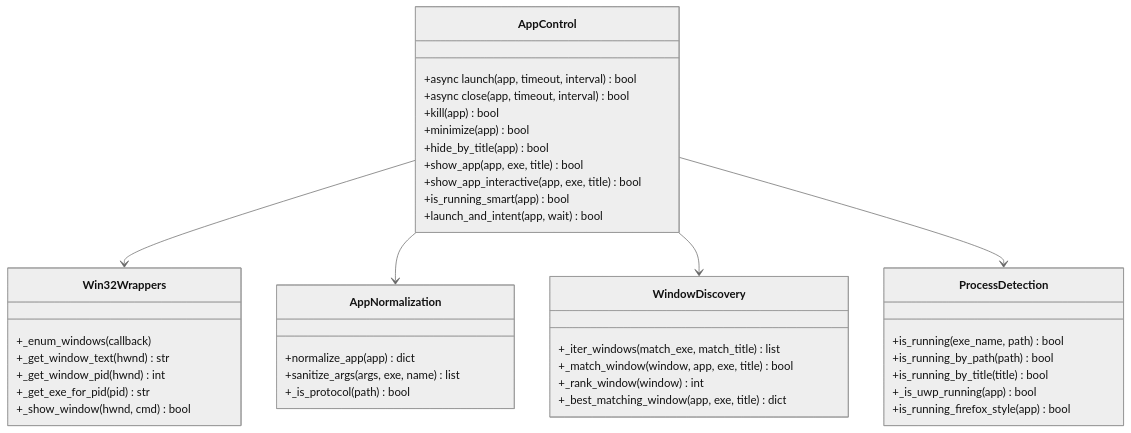
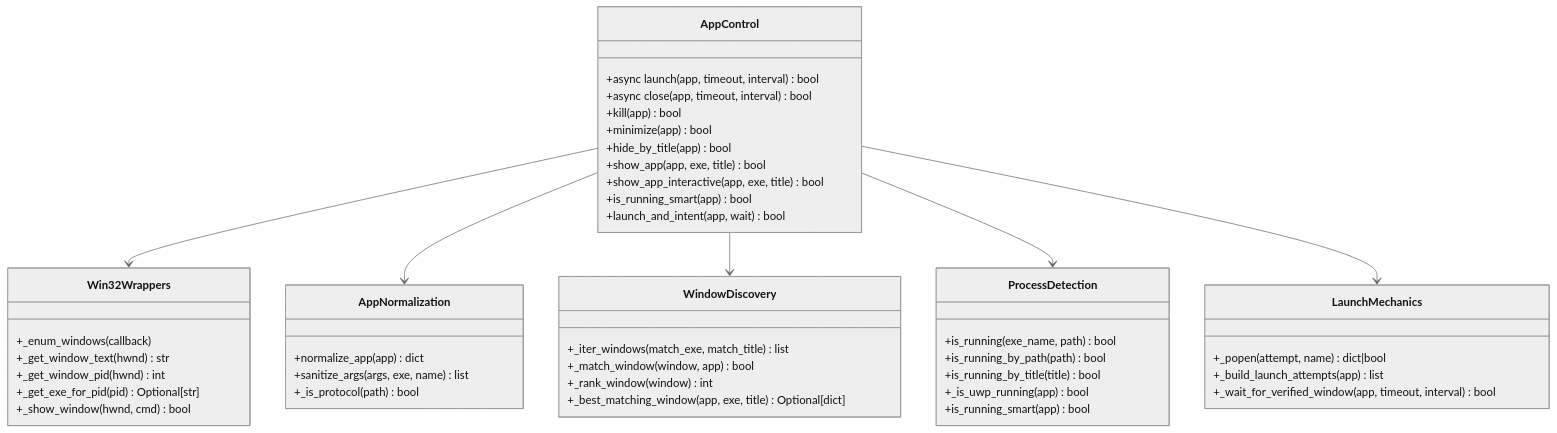
One commit to error-debug-run/HELL changed the eighth of 9 diagrams in control/apps.md. Above: the diagram before and after it, drawn with Mermaid (neutral theme). The commit also changed other lines of this file and 1 other file, not shown here.

````diff
--- a/control/apps.md
+++ b/control/apps.md
@@ -337,48 +322,55 @@
 ```mermaid
 classDiagram
     class AppControl {
         +async launch(app, timeout, interval) bool
         +async close(app, timeout, interval) bool
         +kill(app) bool
         +minimize(app) bool
         +hide_by_title(app) bool
         +show_app(app, exe, title) bool
         +show_app_interactive(app, exe, title) bool
         +is_running_smart(app) bool
         +launch_and_intent(app, wait) bool
     }
     
     class Win32Wrappers {
         +_enum_windows(callback)
         +_get_window_text(hwnd) str
         +_get_window_pid(hwnd) int
-        +_get_exe_for_pid(pid) str
+        +_get_exe_for_pid(pid) Optional[str]
         +_show_window(hwnd, cmd) bool
     }
     
     class AppNormalization {
         +normalize_app(app) dict
         +sanitize_args(args, exe, name) list
         +_is_protocol(path) bool
     }
     
     class WindowDiscovery {
         +_iter_windows(match_exe, match_title) list
-        +_match_window(window, app, exe, title) bool
+        +_match_window(window, app) bool
         +_rank_window(window) int
-        +_best_matching_window(app, exe, title) dict
+        +_best_matching_window(app, exe, title) Optional[dict]
     }
     
     class ProcessDetection {
         +is_running(exe_name, path) bool
         +is_running_by_path(path) bool
         +is_running_by_title(title) bool
         +_is_uwp_running(app) bool
-        +is_running_firefox_style(app) bool
+        +is_running_smart(app) bool
+    }
+    
+    class LaunchMechanics {
+        +_popen(attempt, name) dict|bool
+        +_build_launch_attempts(app) list
+        +_wait_for_verified_window(app, timeout, interval) bool
     }
     
     AppControl --> Win32Wrappers
     AppControl --> AppNormalization
     AppControl --> WindowDiscovery
     AppControl --> ProcessDetection
+    AppControl --> LaunchMechanics
 ```
````
